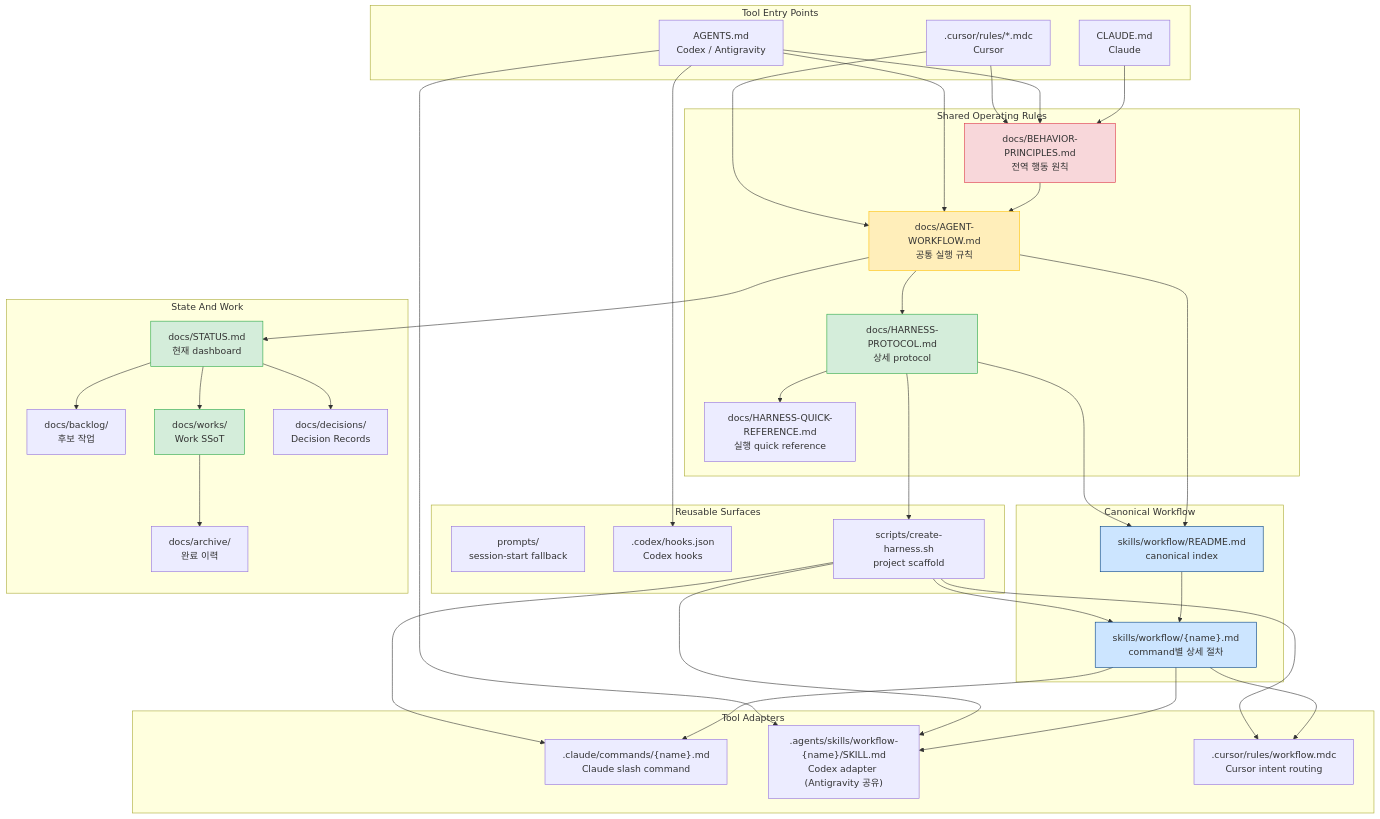
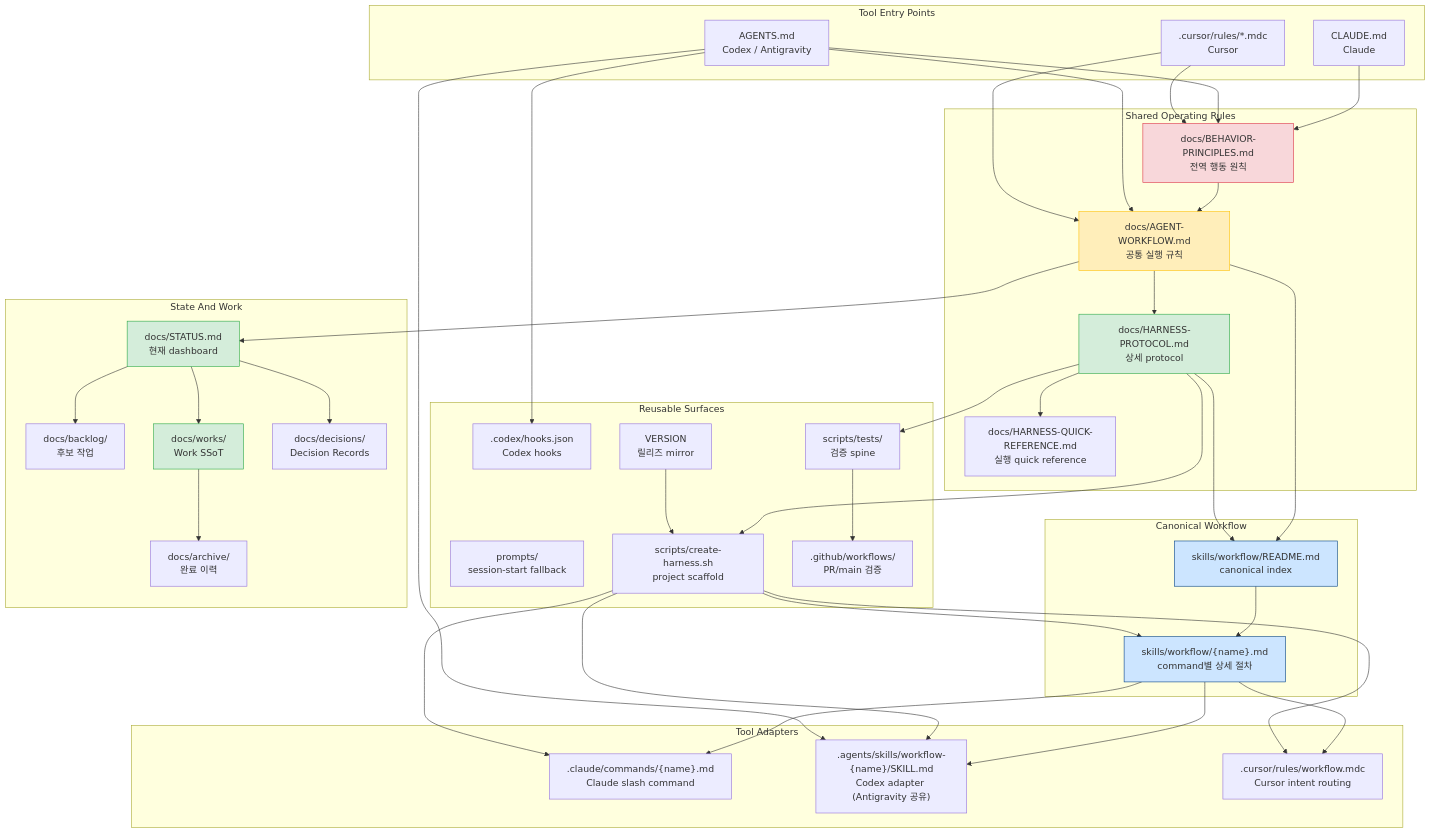
Before and after one commit to kyungseo/ai-workflow-harness: the first of 4 diagrams in README.md, drawn with Mermaid. The commit also changed other lines of this file, not shown here.

```diff
--- a/README.md
+++ b/README.md
@@ -146,6 +147,9 @@
         PROMPTS["prompts/\nsession-start fallback"]
         HOOKS[".codex/hooks.json\nCodex hooks"]
         SCRIPT["scripts/create-harness.sh\nproject scaffold"]
+        TESTS["scripts/tests/\n검증 spine"]
+        CI[".github/workflows/\nPR/main 검증"]
+        VERSION["VERSION\n릴리즈 mirror"]
     end
 
     CLAUDE --> BP --> AW --> HP
@@ -169,10 +173,13 @@
 
     HP --> HQ
     HP --> SCRIPT
+    HP --> TESTS
     SCRIPT --> SKILL_FLOW
     SCRIPT --> COMMANDS
     SCRIPT --> CODEX_SKILLS
     SCRIPT --> CURSOR_WORKFLOW
+    TESTS --> CI
+    VERSION --> SCRIPT
 
     AGENTS --> CODEX_SKILLS
     AGENTS --> HOOKS
```
